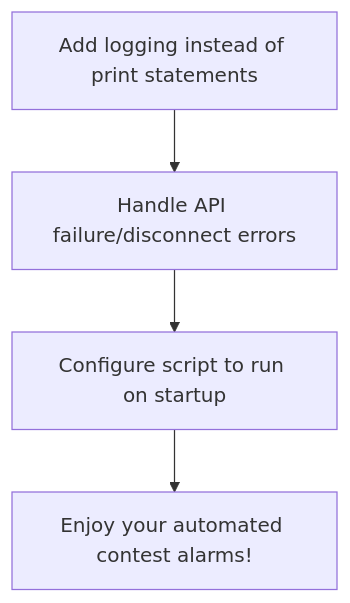
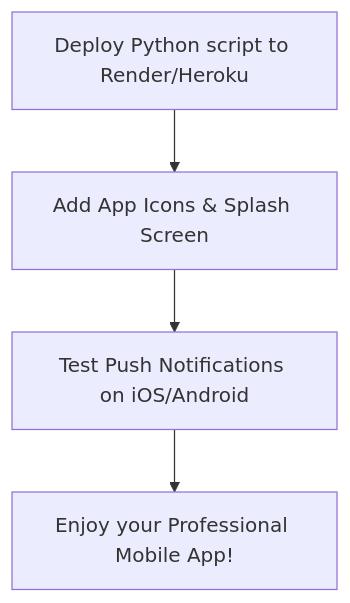
One commit to Susovan07-Slice/Contest-alert changed the fourth of 4 diagrams in architecture.md. Above: the diagram before and after it, drawn with Mermaid. The commit also changed other lines of this file and 19 other files, not shown here.

Commit message:
feat: Add Mobile App with Multi-Platform tracking, mock API fallback, and custom Rating Graphs

````diff
--- a/architecture.md
+++ b/architecture.md
@@ -62,6 +44,6 @@
 ```mermaid
 graph TD;
-    A[Add logging instead of print statements] --> B[Handle API failure/disconnect errors];
-    B --> C[Configure script to run on startup];
-    C --> D[Enjoy your automated contest alarms!];
+    A[Deploy Python script to Render/Heroku] --> B[Add App Icons & Splash Screen];
+    B --> C[Test Push Notifications on iOS/Android];
+    C --> D[Enjoy your Professional Mobile App!];
 ```
````
